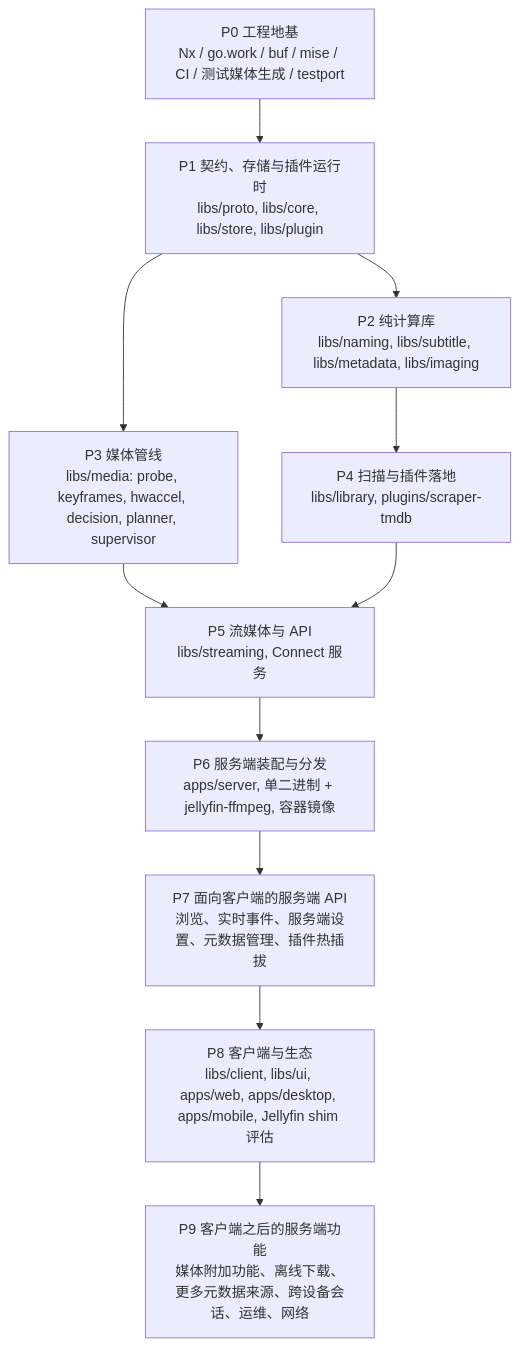
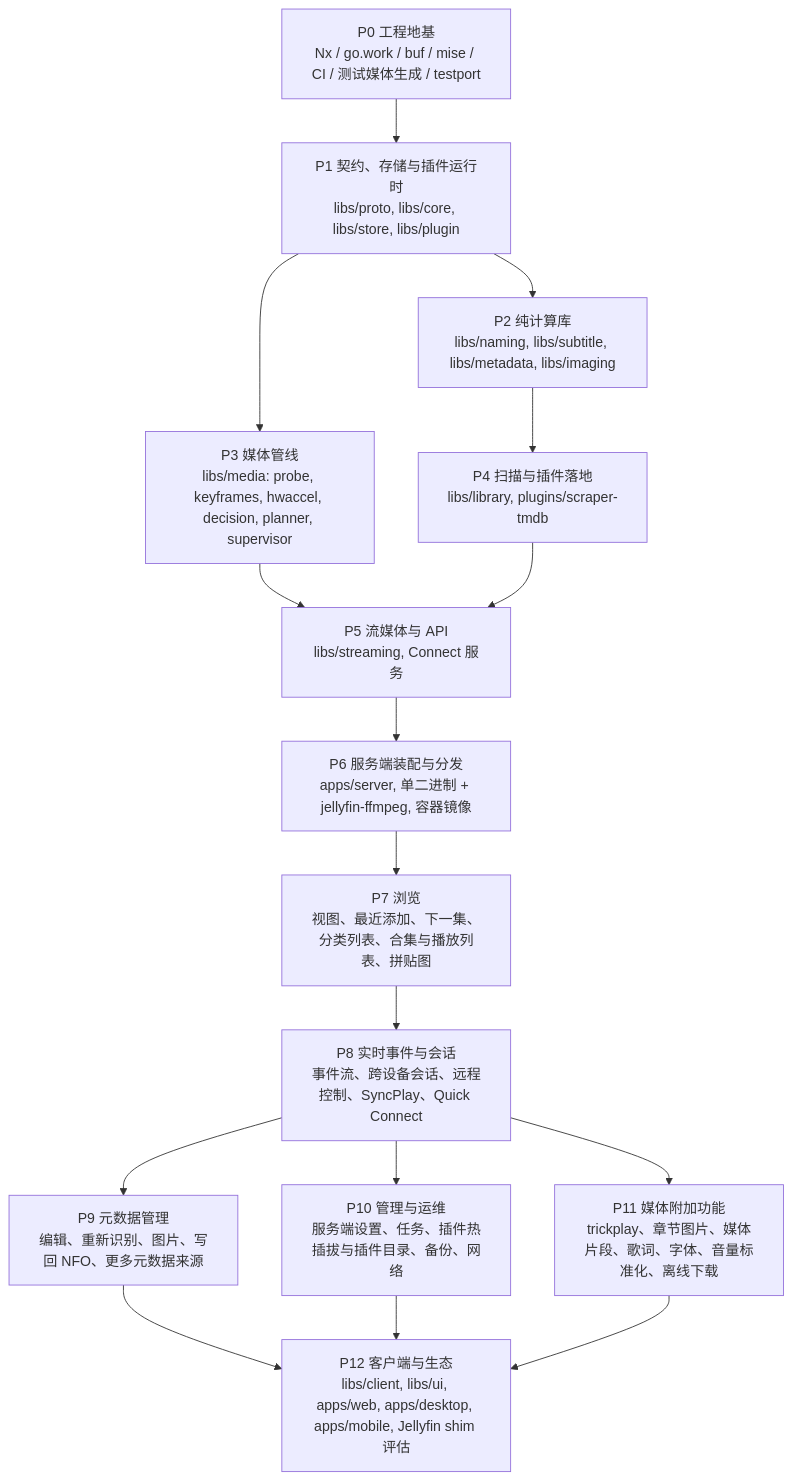
Before and after one commit to mavioai/mavio: the diagram in docs/roadmap.zh-CN.md, drawn with Mermaid. The commit also changed other lines of this file and 1 other file, not shown here.

````diff
--- a/docs/roadmap.zh-CN.md
+++ b/docs/roadmap.zh-CN.md
@@ -19,24 +20,32 @@
 ```mermaid
 flowchart TD
     P0["P0 工程地基<br/>Nx / go.work / buf / mise / CI / 测试媒体生成 / testport"]
     P1["P1 契约、存储与插件运行时<br/>libs/proto, libs/core, libs/store, libs/plugin"]
     P2["P2 纯计算库<br/>libs/naming, libs/subtitle, libs/metadata, libs/imaging"]
     P3["P3 媒体管线<br/>libs/media: probe, keyframes, hwaccel, decision, planner, supervisor"]
     P4["P4 扫描与插件落地<br/>libs/library, plugins/scraper-tmdb"]
     P5["P5 流媒体与 API<br/>libs/streaming, Connect 服务"]
     P6["P6 服务端装配与分发<br/>apps/server, 单二进制 + jellyfin-ffmpeg, 容器镜像"]
-    P7["P7 面向客户端的服务端 API<br/>浏览、实时事件、服务端设置、元数据管理、插件热插拔"]
-    P8["P8 客户端与生态<br/>libs/client, libs/ui, apps/web, apps/desktop, apps/mobile, Jellyfin shim 评估"]
-    P9["P9 客户端之后的服务端功能<br/>媒体附加功能、离线下载、更多元数据来源、跨设备会话、运维、网络"]
+    P7["P7 浏览<br/>视图、最近添加、下一集、分类列表、合集与播放列表、拼贴图"]
+    P8["P8 实时事件与会话<br/>事件流、跨设备会话、远程控制、SyncPlay、Quick Connect"]
+    P9["P9 元数据管理<br/>编辑、重新识别、图片、写回 NFO、更多元数据来源"]
+    P10["P10 管理与运维<br/>服务端设置、任务、插件热插拔与插件目录、备份、网络"]
+    P11["P11 媒体附加功能<br/>trickplay、章节图片、媒体片段、歌词、字体、音量标准化、离线下载"]
+    P12["P12 客户端与生态<br/>libs/client, libs/ui, apps/web, apps/desktop, apps/mobile, Jellyfin shim 评估"]
 
     P0 --> P1
     P1 --> P2
     P1 --> P3
     P2 --> P4
     P3 --> P5
     P4 --> P5
     P5 --> P6
     P6 --> P7
     P7 --> P8
     P8 --> P9
+    P8 --> P10
+    P8 --> P11
+    P9 --> P12
+    P10 --> P12
+    P11 --> P12
 ```
````
